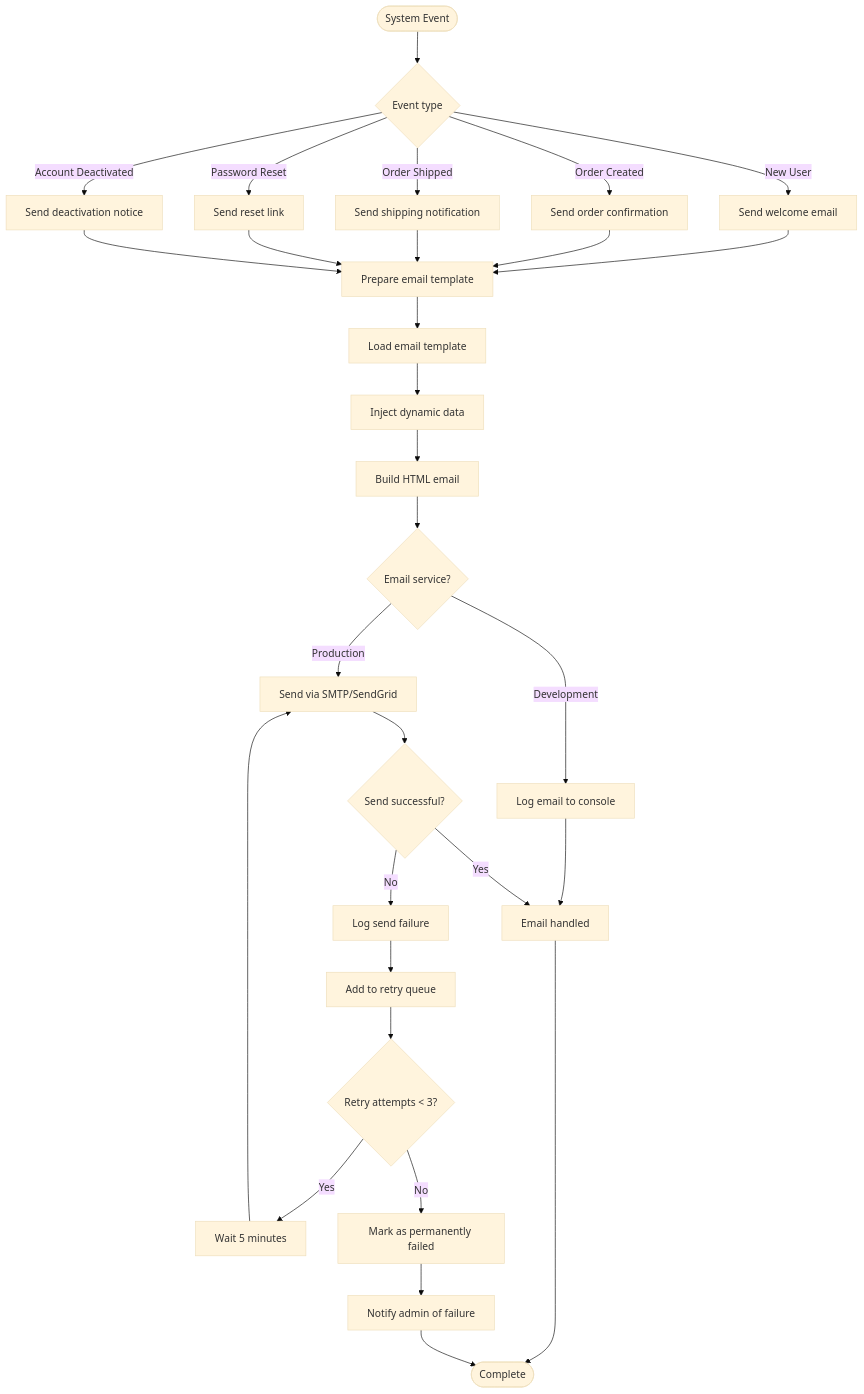
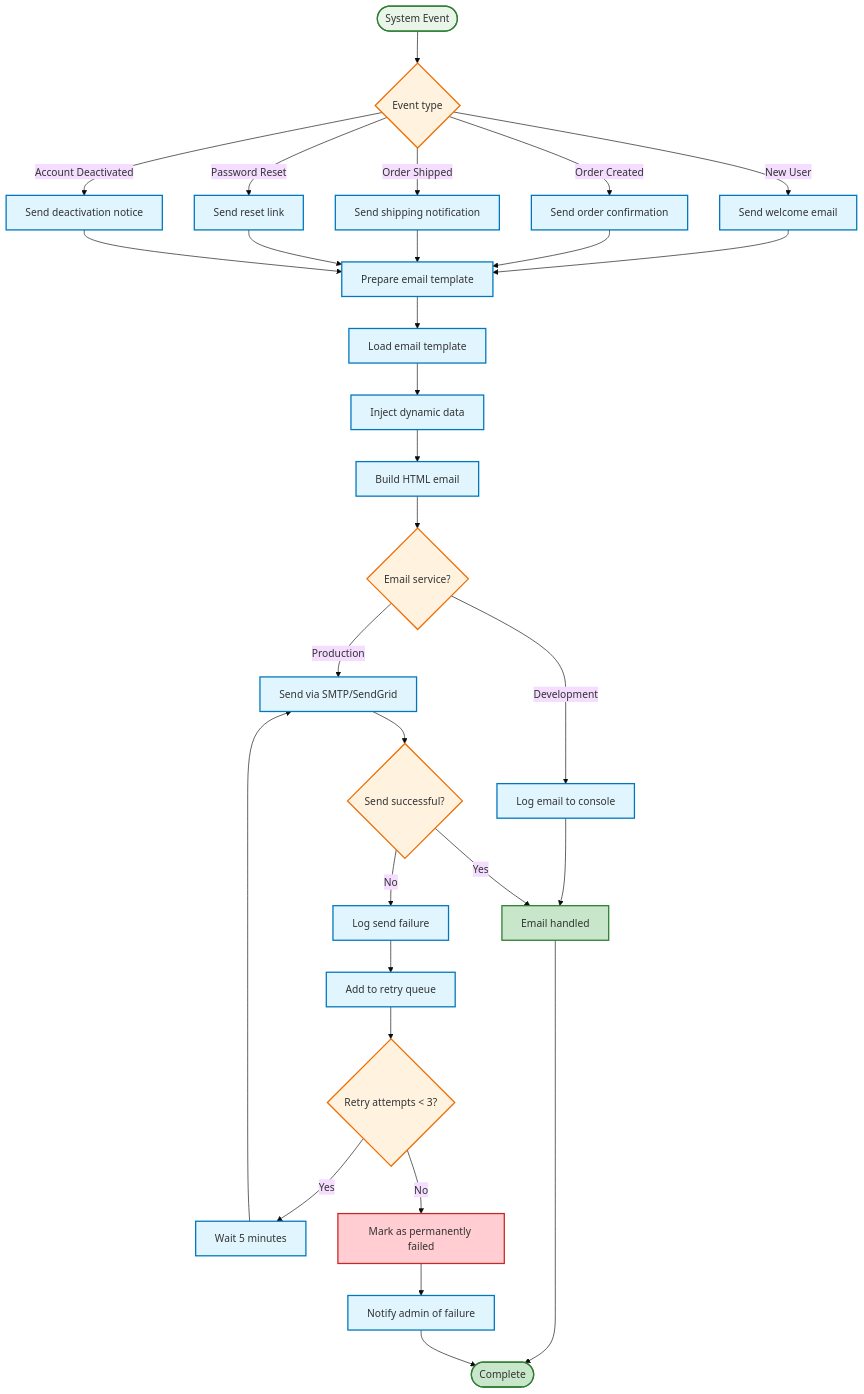
One commit to shmuelkapiloff/simple- changed diagram 13 of 16 in docs/SYSTEM_MAP.md. Above: the diagram before and after it, drawn with Mermaid (base theme). The commit also changed other lines of this file, not shown here.

Commit message:
style: Add comprehensive styling and colors to all flowcharts - Security, Search, Email, Admin, Payment, and Token Refresh flows

````diff
--- a/docs/SYSTEM_MAP.md
+++ b/docs/SYSTEM_MAP.md
@@ -1050,41 +1116,54 @@
 ```mermaid
 flowchart TD
     TriggerEvent([System Event]) --> EventType{Event type}
     
     EventType -->|New User| WelcomeEmail[Send welcome email]
     EventType -->|Order Created| OrderConfirm[Send order confirmation]
     EventType -->|Order Shipped| ShippingNotify[Send shipping notification]
     EventType -->|Password Reset| ResetEmail[Send reset link]
     EventType -->|Account Deactivated| DeactivateEmail[Send deactivation notice]
     
     WelcomeEmail --> PrepareEmail[Prepare email template]
     OrderConfirm --> PrepareEmail
     ShippingNotify --> PrepareEmail
     ResetEmail --> PrepareEmail
     DeactivateEmail --> PrepareEmail
     
     PrepareEmail --> LoadTemplate[Load email template]
     LoadTemplate --> InjectData[Inject dynamic data]
     InjectData --> BuildHTML[Build HTML email]
     
     BuildHTML --> SendViaService{Email service?}
     SendViaService -->|Development| LogToConsole[Log email to console]
     SendViaService -->|Production| SendSMTP[Send via SMTP/SendGrid]
     
     LogToConsole --> EmailSent[Email handled]
     SendSMTP --> CheckSendStatus{Send successful?}
     
     CheckSendStatus -->|Yes| EmailSent
     CheckSendStatus -->|No| LogFailure[Log send failure]
     LogFailure --> RetryQueue[Add to retry queue]
     
     RetryQueue --> RetryLater{Retry attempts < 3?}
     RetryLater -->|Yes| WaitAndRetry[Wait 5 minutes]
     RetryLater -->|No| MarkFailed[Mark as permanently failed]
     
     WaitAndRetry --> SendSMTP
     MarkFailed --> NotifyAdmin[Notify admin of failure]
     
     EmailSent --> End([Complete])
     NotifyAdmin --> End
+    
+    %% Styling
+    classDef success fill:#c8e6c9,stroke:#2e7d32,stroke-width:2px
+    classDef error fill:#ffcdd2,stroke:#c62828,stroke-width:2px
+    classDef process fill:#e1f5fe,stroke:#0277bd,stroke-width:2px
+    classDef decision fill:#fff3e0,stroke:#ef6c00,stroke-width:2px
+    classDef start fill:#e8f5e8,stroke:#2e7d32,stroke-width:2px
+
+    class TriggerEvent start
+    class EventType,SendViaService,CheckSendStatus,RetryLater decision
+    class WelcomeEmail,OrderConfirm,ShippingNotify,ResetEmail,DeactivateEmail,PrepareEmail,LoadTemplate,InjectData,BuildHTML,LogToConsole,SendSMTP,LogFailure,RetryQueue,WaitAndRetry,NotifyAdmin process
+    class EmailSent,End success
+    class MarkFailed error
 ```
````
